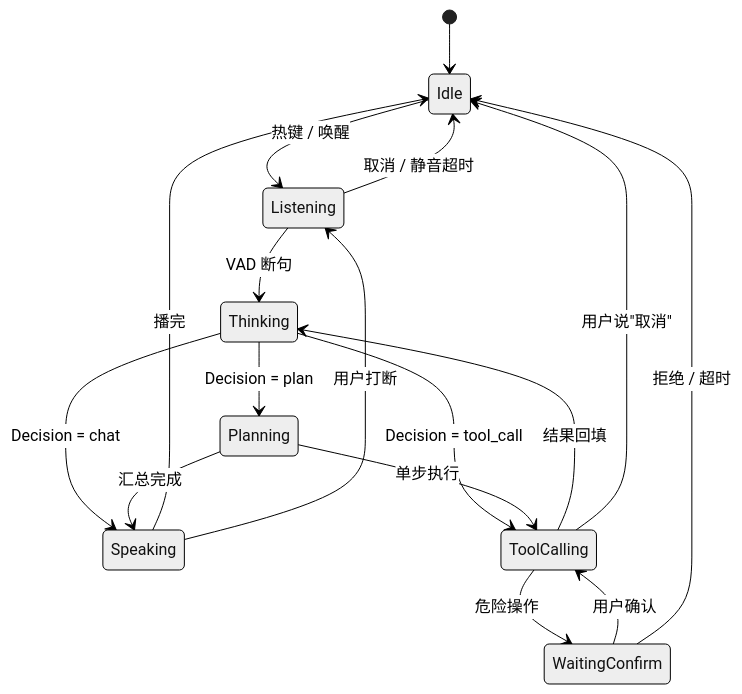
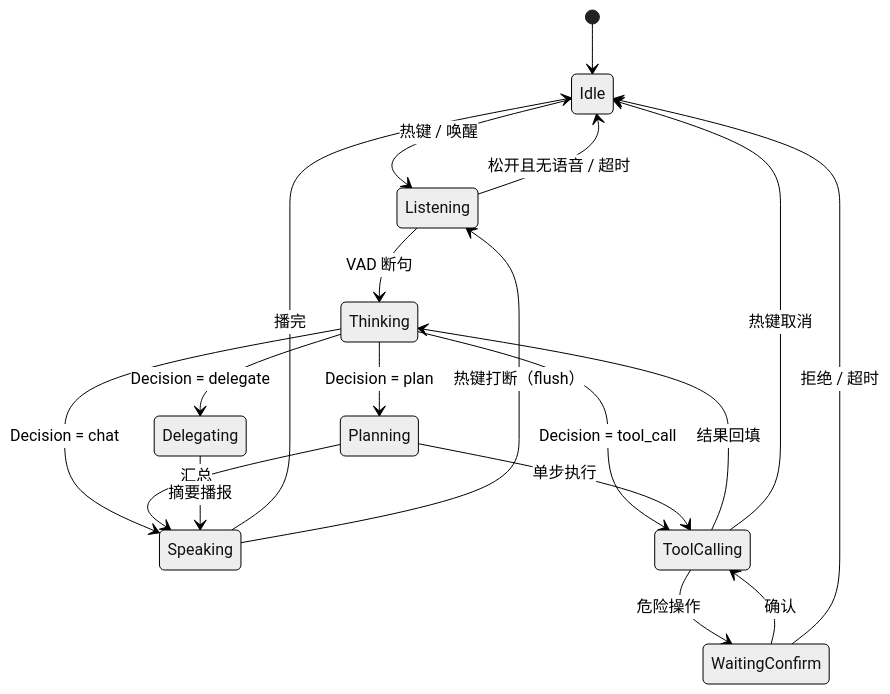
Before and after one commit to DongyueHAN/VoxDesk: the eighth of 9 diagrams in docs/03-architecture.md, drawn with Mermaid (neutral theme). The commit also changed other lines of this file, not shown here.

````diff
--- a/docs/03-architecture.md
+++ b/docs/03-architecture.md
@@ -194,20 +281,22 @@
 ```mermaid
-%% diagram: SM-01 会话状态机 | updated: 2026-10-20
+%% diagram: SM-01 状态机 | updated: 2026-10-26
 stateDiagram-v2
     [*] --> Idle
     Idle --> Listening: 热键 / 唤醒
     Listening --> Thinking: VAD 断句
-    Listening --> Idle: 取消 / 静音超时
+    Listening --> Idle: 松开且无语音 / 超时
     Thinking --> Speaking: Decision = chat
     Thinking --> ToolCalling: Decision = tool_call
     Thinking --> Planning: Decision = plan
+    Thinking --> Delegating: Decision = delegate
     ToolCalling --> Thinking: 结果回填
     ToolCalling --> WaitingConfirm: 危险操作
-    WaitingConfirm --> ToolCalling: 用户确认
+    WaitingConfirm --> ToolCalling: 确认
     WaitingConfirm --> Idle: 拒绝 / 超时
     Planning --> ToolCalling: 单步执行
-    Planning --> Speaking: 汇总完成
+    Planning --> Speaking: 汇总
+    Delegating --> Speaking: 摘要播报
     Speaking --> Idle: 播完
-    Speaking --> Listening: 用户打断
-    ToolCalling --> Idle: 用户说"取消"
+    Speaking --> Listening: 热键打断（flush）
+    ToolCalling --> Idle: 热键取消
 ```
````
